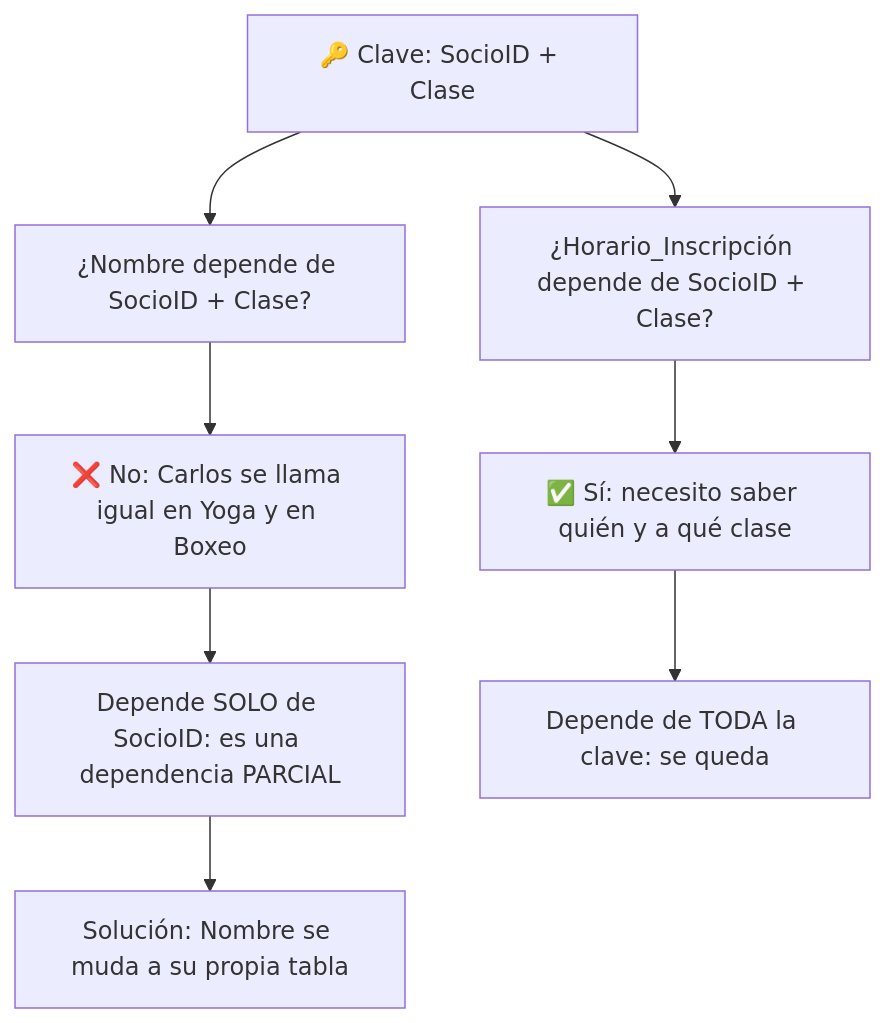
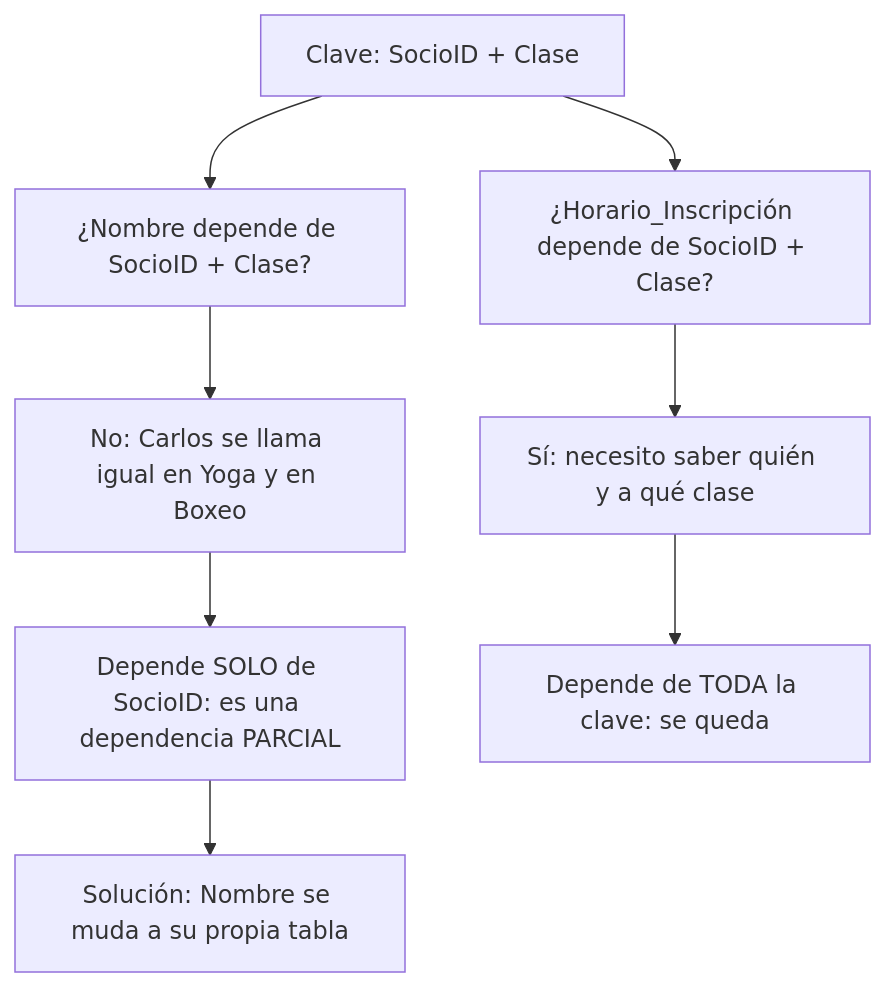
Before and after one commit to leanaraque/data_analytics_2026: diagram 11 of 18 in documentacion/Semana-02-Esquemas-Conceptos.md, drawn with Mermaid. The commit also changed other lines of this file and 109 other files, not shown here.

````diff
--- a/documentacion/Semana-02-Esquemas-Conceptos.md
+++ b/documentacion/Semana-02-Esquemas-Conceptos.md
@@ -208,14 +208,14 @@
 ```mermaid
 flowchart TB
-    K["🔑 Clave: SocioID + Clase"]
+    K["Clave: SocioID + Clase"]
 
     K --> Q1["¿Nombre depende de SocioID + Clase?"]
-    Q1 --> R1["❌ No: Carlos se llama igual en Yoga y en Boxeo"]
+    Q1 --> R1["No: Carlos se llama igual en Yoga y en Boxeo"]
     R1 --> R1a["Depende SOLO de SocioID: es una dependencia PARCIAL"]
 
     K --> Q2["¿Horario_Inscripción depende de SocioID + Clase?"]
-    Q2 --> R2["✅ Sí: necesito saber quién y a qué clase"]
+    Q2 --> R2["Sí: necesito saber quién y a qué clase"]
     R2 --> R2a["Depende de TODA la clave: se queda"]
 
     R1a --> S["Solución: Nombre se muda a su propia tabla"]
 ```
````
